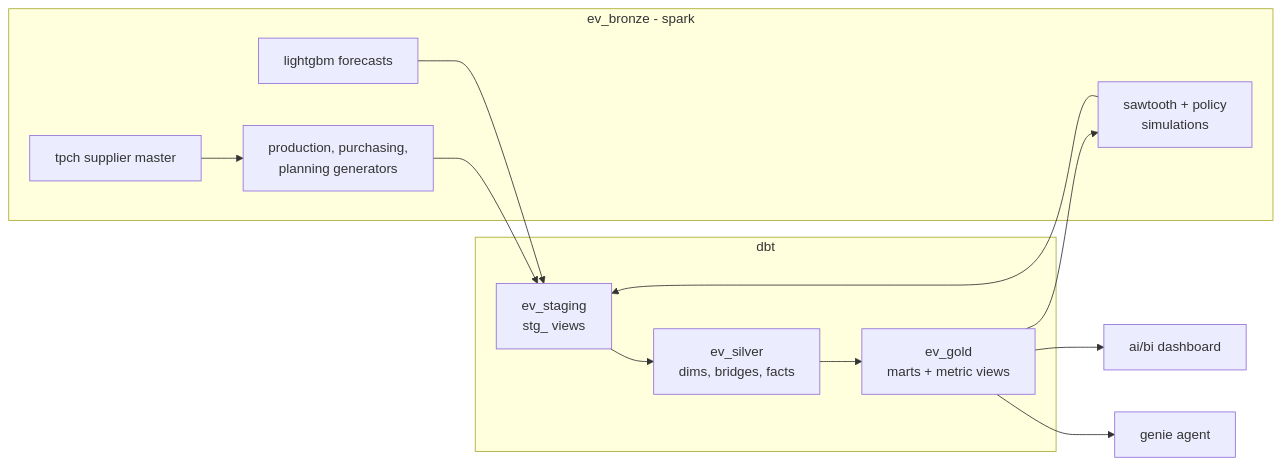
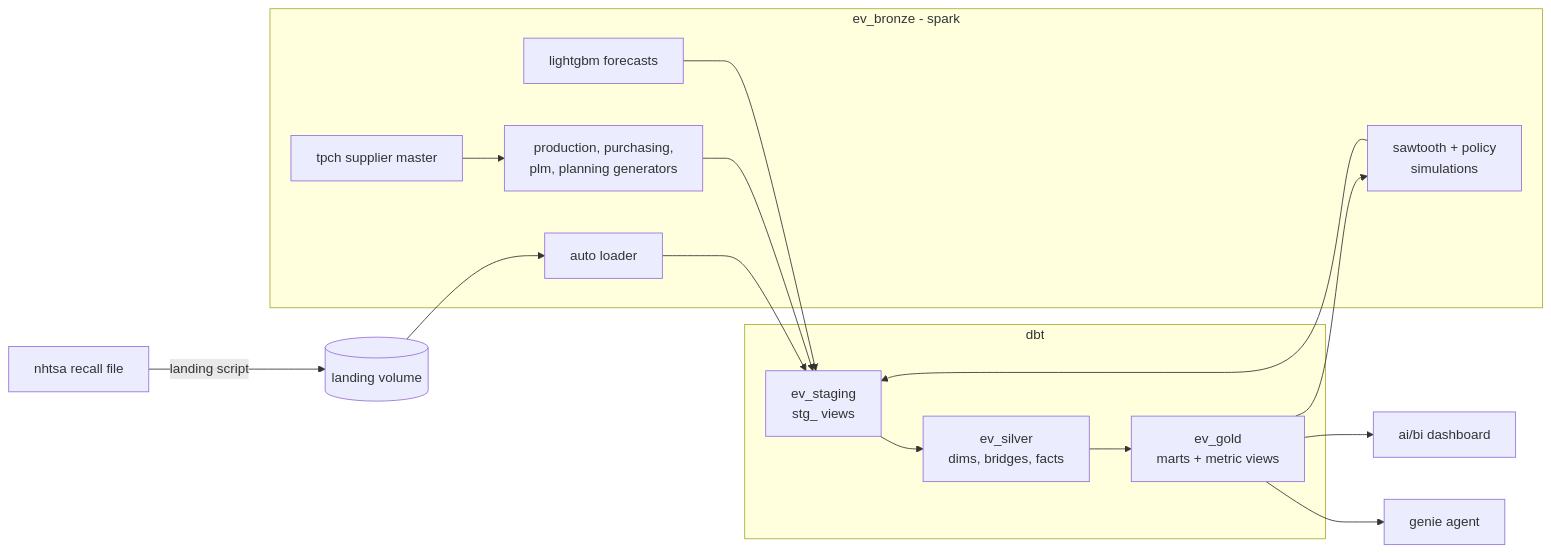
The diagram in README.md (Troyance/ev-supply-chain-analytics), drawn with Mermaid before and after one commit. The commit also changed other lines of this file, not shown here.

Commit message:
readme: nhtsa + plm in the flow diagram, test count, reconciliation tests, landing step

````diff
--- a/README.md
+++ b/README.md
@@ -15,21 +15,24 @@
 ```mermaid
 flowchart LR
+    nhtsa[nhtsa recall file] -->|landing script| vol[(landing volume)]
     subgraph bronze [ev_bronze - spark]
         tpch[tpch supplier master]
-        gen[production, purchasing,<br/>planning generators]
+        gen[production, purchasing,<br/>plm, planning generators]
+        al[auto loader]
         ml[lightgbm forecasts]
         sim[sawtooth + policy<br/>simulations]
     end
+    vol --> al --> stg
     subgraph dbt [dbt]
         stg[ev_staging<br/>stg_ views]
         silver[ev_silver<br/>dims, bridges, facts]
         gold[ev_gold<br/>marts + metric views]
     end
     tpch --> gen --> stg
     ml --> stg
     sim --> stg
     stg --> silver --> gold
     gold --> sim
     gold --> dash[ai/bi dashboard]
     gold --> genie[genie agent]
 ```
````
